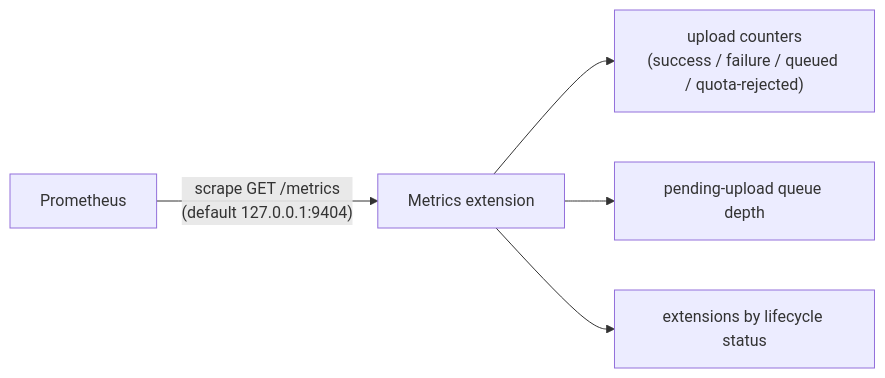
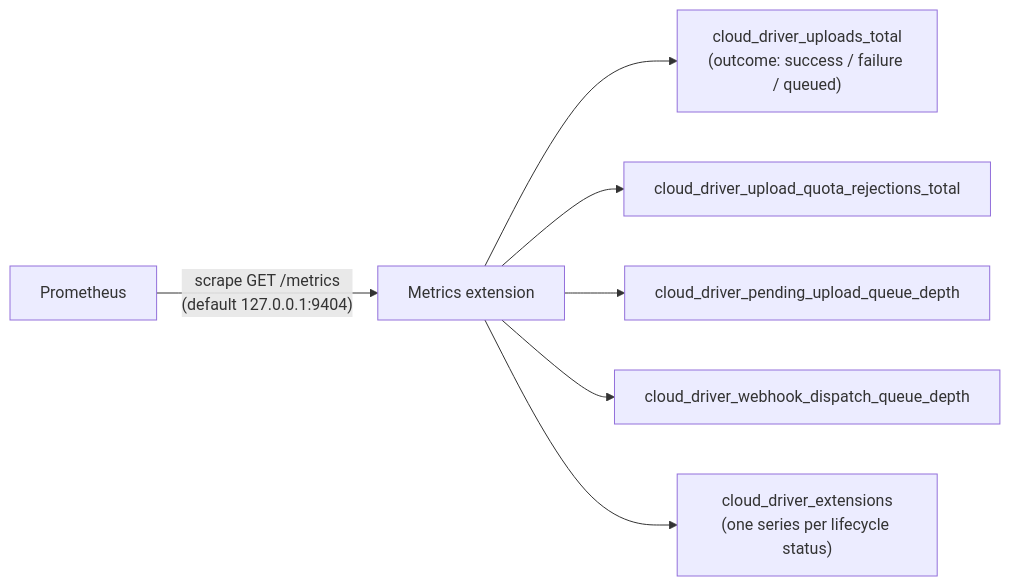
Before and after one commit to linoalessio/cloud-driver: the eighth of 8 diagrams in README.md, drawn with Mermaid. The commit also changed other lines of this file and 78 other files, not shown here.

Commit message:
Docs: refresh README.md and docs/ against the current code, diagrams include

````diff
--- a/README.md
+++ b/README.md
@@ -723,7 +757,9 @@
 ```mermaid
 flowchart LR
     PROM["Prometheus"] -->|"scrape GET /metrics<br/>(default 127.0.0.1:9404)"| MET["Metrics extension"]
-    MET --> C1["upload counters<br/>(success / failure / queued / quota-rejected)"]
-    MET --> G1["pending-upload queue depth"]
-    MET --> G2["extensions by lifecycle status"]
+    MET --> C1["cloud_driver_uploads_total<br/>(outcome: success / failure / queued)"]
+    MET --> C2["cloud_driver_upload_quota_rejections_total"]
+    MET --> G1["cloud_driver_pending_upload_queue_depth"]
+    MET --> G2["cloud_driver_webhook_dispatch_queue_depth"]
+    MET --> G3["cloud_driver_extensions<br/>(one series per lifecycle status)"]
 ```
````
